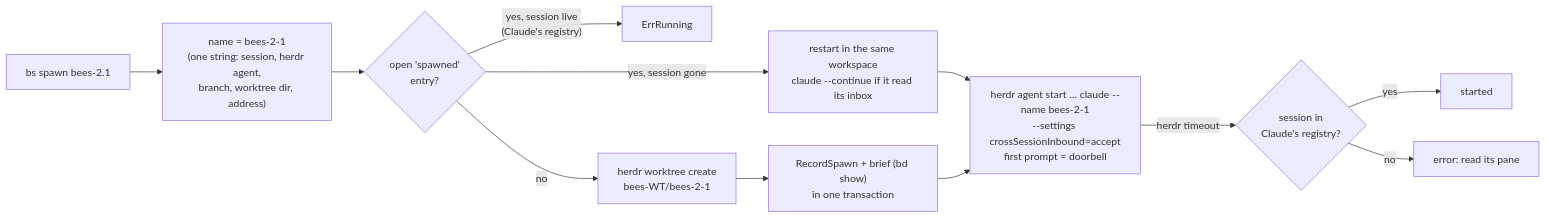
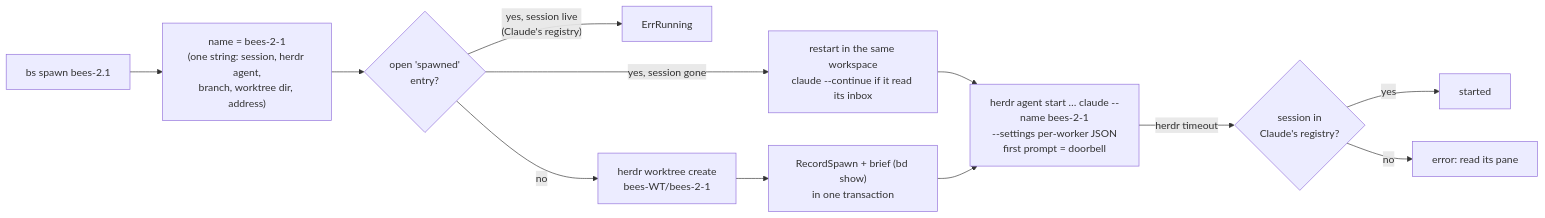
Before and after one commit to jmmshn/bees: the fourth of 4 diagrams in README.md, drawn with Mermaid. The commit also changed 2 other files, not shown here.

Commit message:
docs: worker permissions from bs spawn's --settings (bees-1.51)

````diff
--- a/README.md
+++ b/README.md
@@ -169,14 +169,14 @@
 ```mermaid
 flowchart LR
     S["bs spawn bees-2.1"] --> N["name = bees-2-1<br/>(one string: session, herdr agent,<br/>branch, worktree dir, address)"]
     N --> X{open 'spawned'<br/>entry?}
     X -- "yes, session live<br/>(Claude's registry)" --> E1[ErrRunning]
     X -- "yes, session gone" --> RS["restart in the same workspace<br/>claude --continue if it read its inbox"]
     RS --> ST
     X -- no --> WT["herdr worktree create<br/>bees-WT/bees-2-1"]
     WT --> REC["RecordSpawn + brief (bd show)<br/>in one transaction"]
-    REC --> ST["herdr agent start … claude --name bees-2-1<br/>--settings crossSessionInbound=accept<br/>first prompt = doorbell"]
+    REC --> ST["herdr agent start … claude --name bees-2-1<br/>--settings per-worker JSON<br/>first prompt = doorbell"]
     ST -- "herdr timeout" --> C{"session in<br/>Claude's registry?"}
     C -- yes --> OK[started]
     C -- no --> E2["error: read its pane"]
 ```
````
